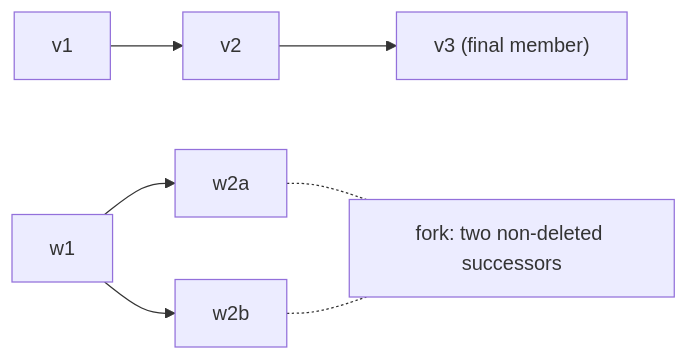
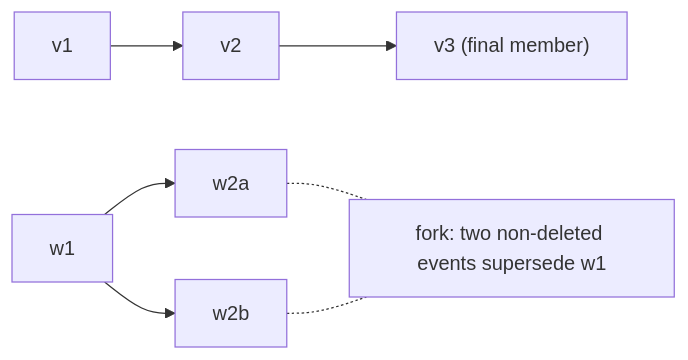
Before and after one commit to crocs-muni/scrutiny-fabric: the third of 9 diagrams in docs/protocol-spec.md, drawn with Mermaid. The commit also changed other lines of this file and 24 other files, not shown here.

````diff
--- a/docs/protocol-spec.md
+++ b/docs/protocol-spec.md
@@ -279,8 +279,8 @@
 ```mermaid
 flowchart LR
     A["v1"] --> B["v2"] --> C["v3 (final member)"]
     D["w1"] --> E["w2a"]
     D --> F["w2b"]
-    E -.- G["fork: two non-deleted successors"]
+    E -.- G["fork: two non-deleted events supersede w1"]
     F -.- G
 ```
````
